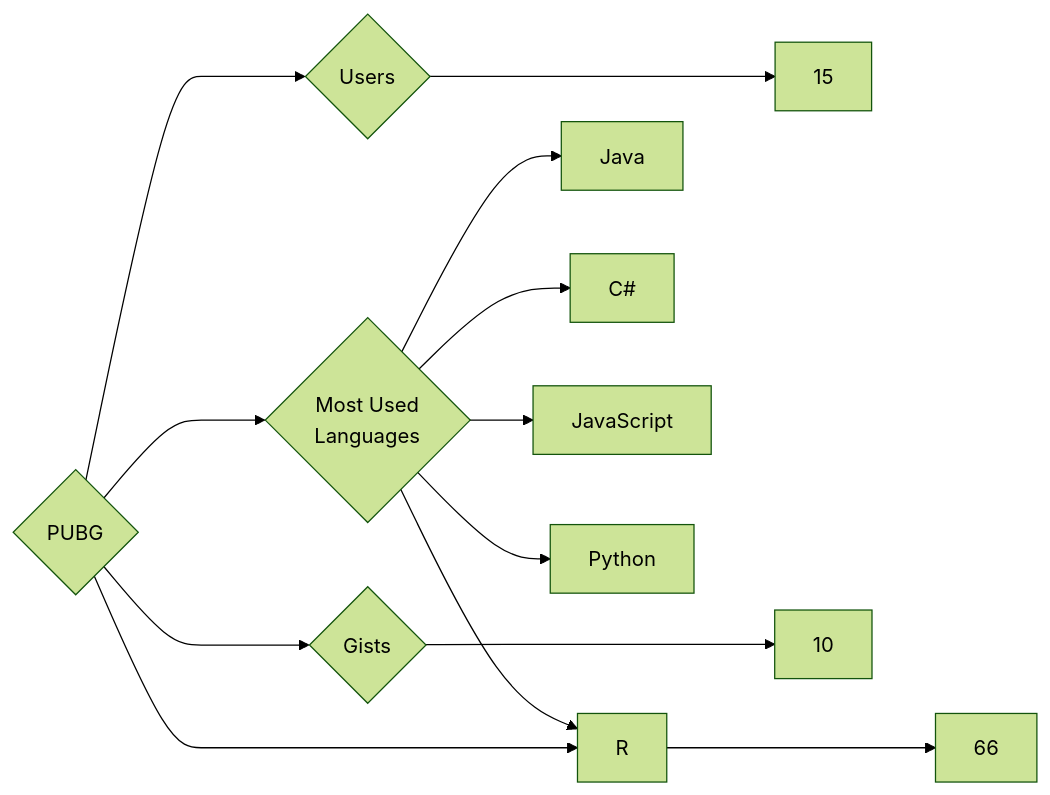
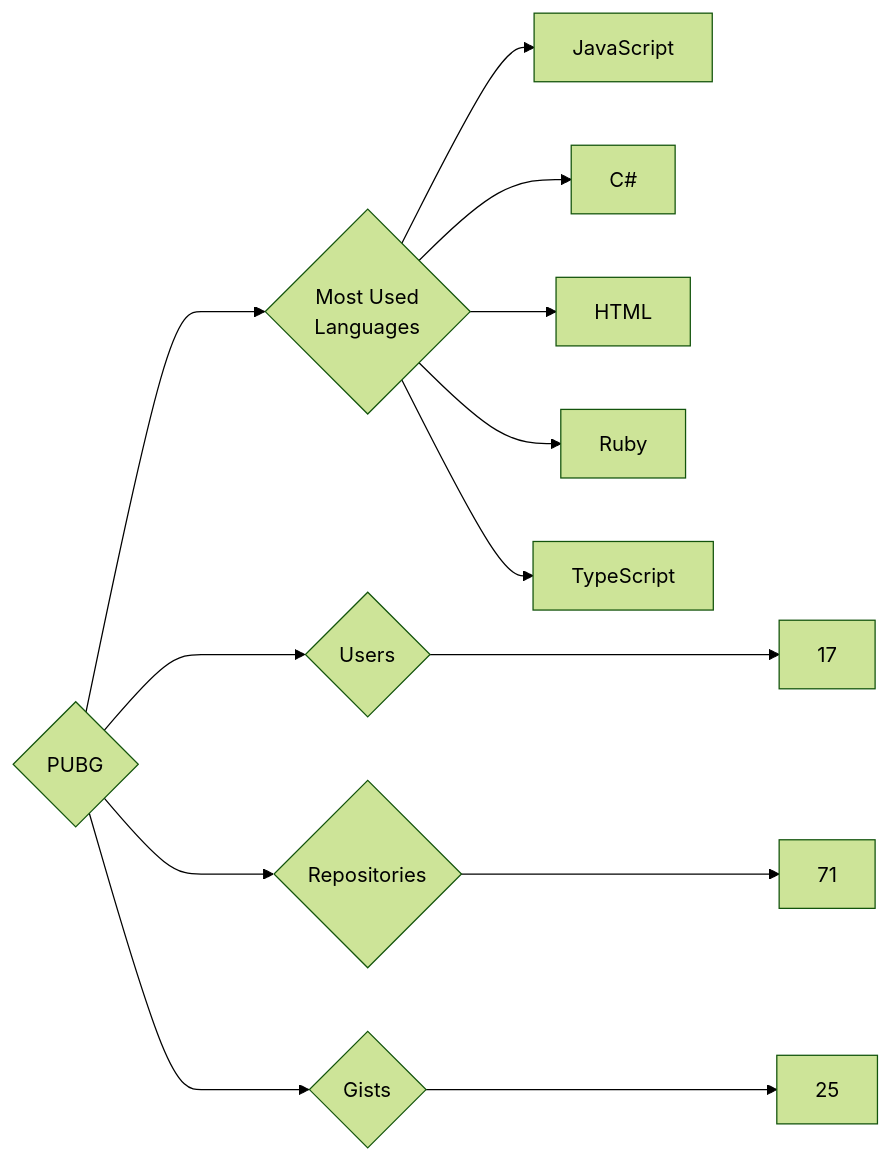
The diagram in targets/PUBG/README.md (trickest/insiders), drawn with Mermaid (forest theme) before and after one commit. The commit also changed 695 other files, not shown here.

````diff
--- a/targets/PUBG/README.md
+++ b/targets/PUBG/README.md
@@ -3,13 +3,13 @@
 ```mermaid
 graph LR
 COMPANY_NAME{PUBG}
-COMPANY_NAME ---> U{Users} ---> UN[15]
-COMPANY_NAME ---> R{Repositories} ---> RN[66]
-COMPANY_NAME ---> G{Gists} ---> GN[10]
+COMPANY_NAME ---> U{Users} ---> UN[17]
+COMPANY_NAME ---> R{Repositories} ---> RN[71]
+COMPANY_NAME ---> G{Gists} ---> GN[25]
 COMPANY_NAME ---> ML{Most Used<br>Languages}
-ML --> Java[Java]
+ML --> JavaScript[JavaScript]
 ML --> C#[C#]
-ML --> R[R]
-ML --> JavaScript[JavaScript]
-ML --> Python[Python]
+ML --> HTML[HTML]
+ML --> Ruby[Ruby]
+ML --> TypeScript[TypeScript]
 ```
````
